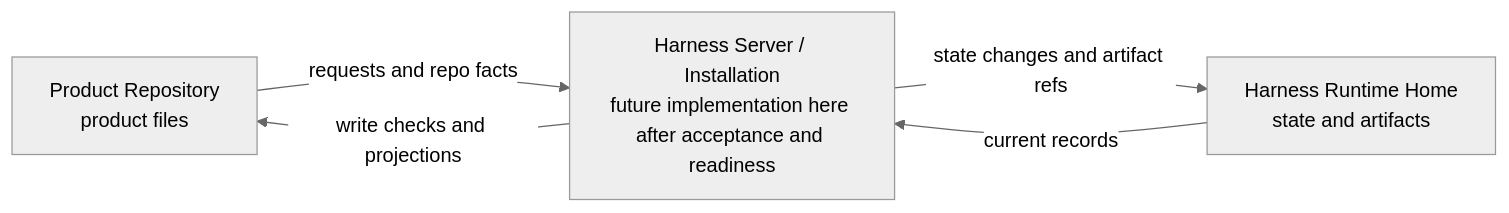
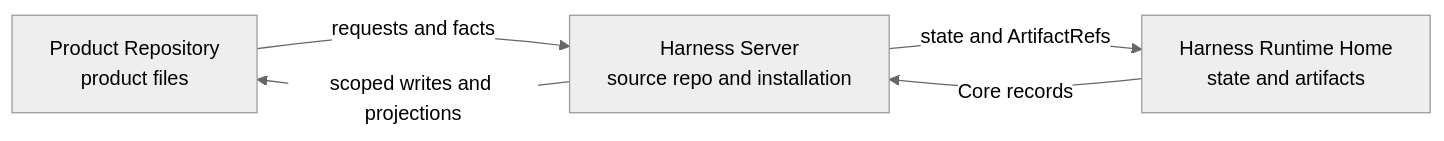
One commit to minjungw00/Harness_Project changed the first of 2 diagrams in docs/en/reference/runtime-architecture.md. Above: the diagram before and after it, drawn with Mermaid (neutral theme). The commit also changed other lines of this file and 20 other files, not shown here.

Commit message:
docs: refresh diagrams for staged authority model

````diff
--- a/docs/en/reference/runtime-architecture.md
+++ b/docs/en/reference/runtime-architecture.md
@@ -70,11 +70,11 @@
 ```mermaid
 flowchart LR
   Repo["Product Repository<br/>product files"]
-  Server["Harness Server / Installation<br/>future implementation here after acceptance and readiness"]
+  Server["Harness Server<br/>source repo and installation"]
   Home["Harness Runtime Home<br/>state and artifacts"]
 
-  Repo -->|requests and repo facts| Server
-  Server -->|write checks and projections| Repo
-  Server -->|state changes and artifact refs| Home
-  Home -->|current records| Server
+  Repo -->|requests and facts| Server
+  Server -->|scoped writes and projections| Repo
+  Server -->|state and ArtifactRefs| Home
+  Home -->|Core records| Server
 ```
````
